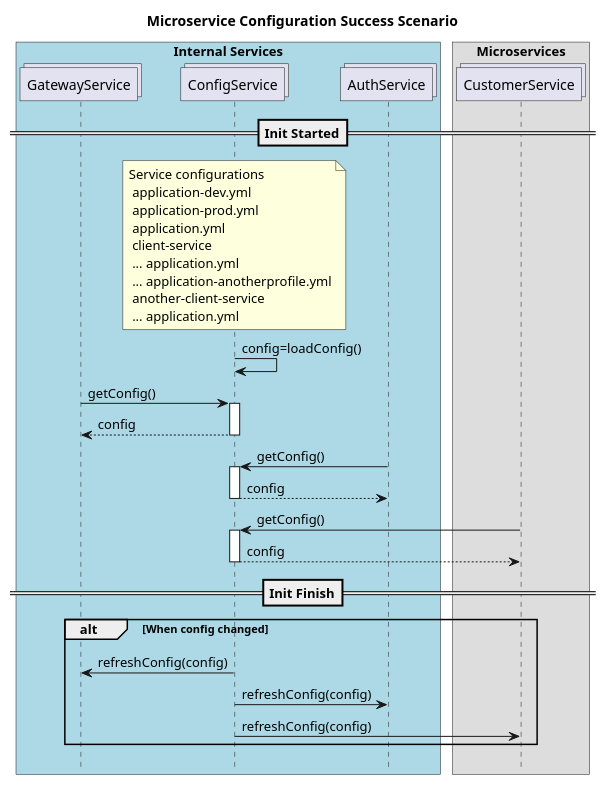
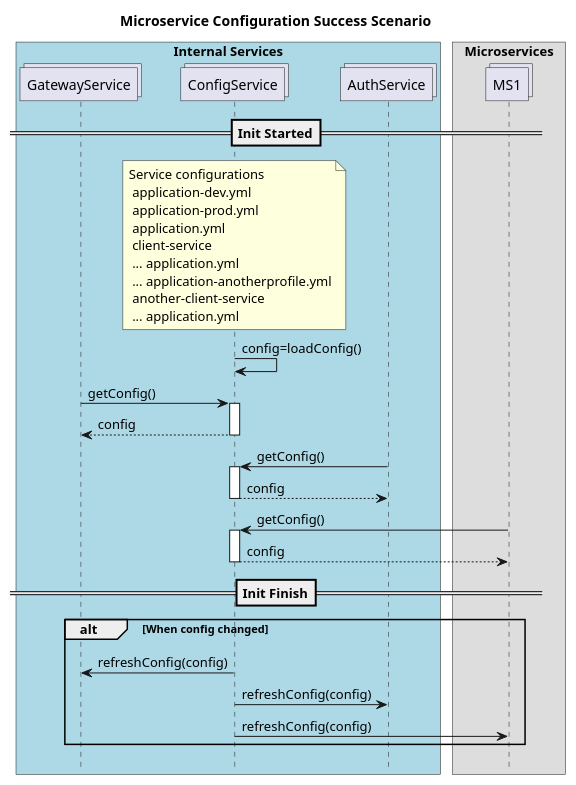
The diagram in 01 Service Configuration.wsd (naimyurek/microblockthesis), drawn with PlantUML before and after one commit. The commit also changed 9 other files, not shown here.

```diff
--- a/01 Service Configuration.wsd
+++ b/01 Service Configuration.wsd
@@ -1,36 +1,36 @@
 @startuml ConfigurationScenario
 !pragma teoz true
 
 title "Microservice Configuration Success Scenario"
 hide footbox
 box "Internal Services" #LightBlue
 collections GatewayService
 collections ConfigService
 collections AuthService
 end box
 
 box "Microservices"
-collections CustomerService
+collections MS1
 end box
 
 
 ==Init Started==
 note over ConfigService: Service configurations \n application-dev.yml \n application-prod.yml \n application.yml \n client-service \n ... application.yml \n ... application-anotherprofile.yml\n another-client-service \n ... application.yml
 
 ConfigService -> ConfigService : config=loadConfig()
 GatewayService -> ConfigService ++ : getConfig()
 return config 
  AuthService -> ConfigService ++ : getConfig()
 return config  
- CustomerService -> ConfigService ++ : getConfig()
+ MS1 -> ConfigService ++ : getConfig()
 return config 
 ==Init Finish==
 
 alt When config changed
 ConfigService -> GatewayService : refreshConfig(config)
 ConfigService -> AuthService : refreshConfig(config)
-ConfigService -> CustomerService : refreshConfig(config)
+ConfigService -> MS1 : refreshConfig(config)
 end
 
 
 @enduml
```
